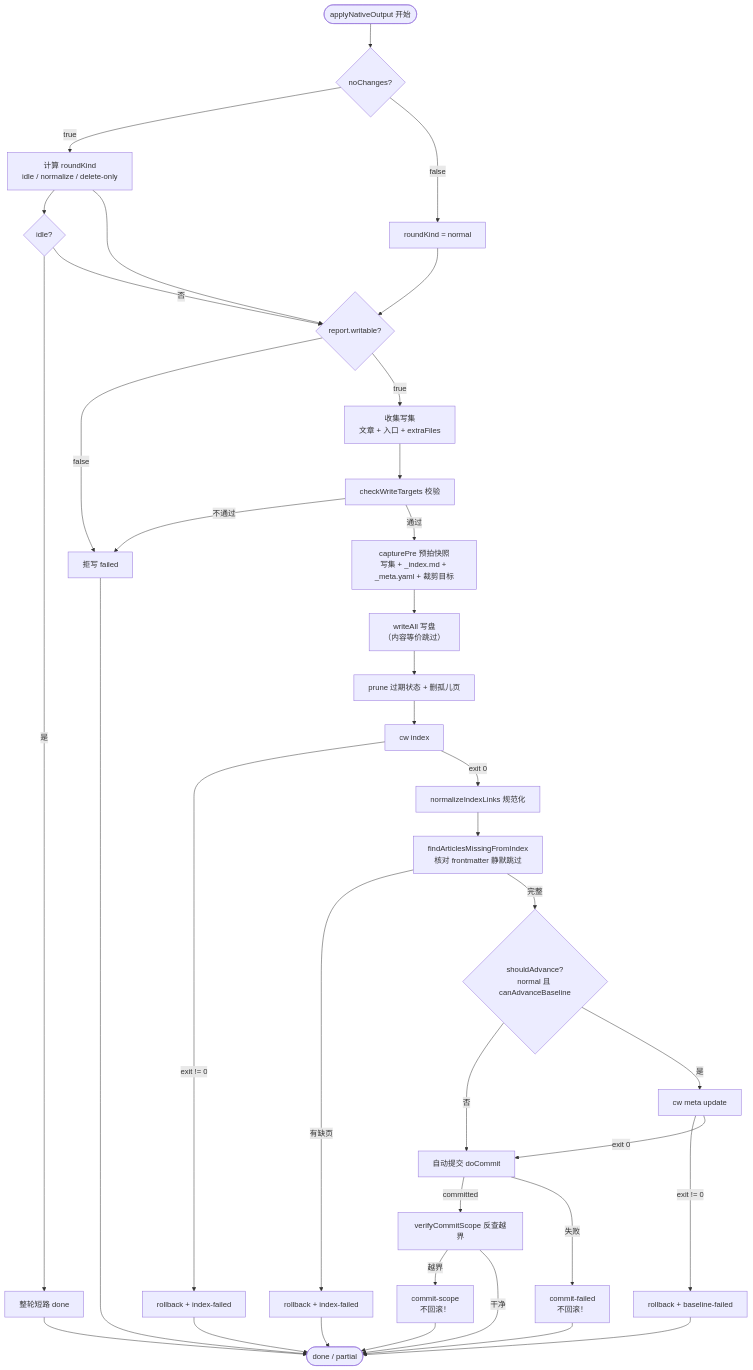
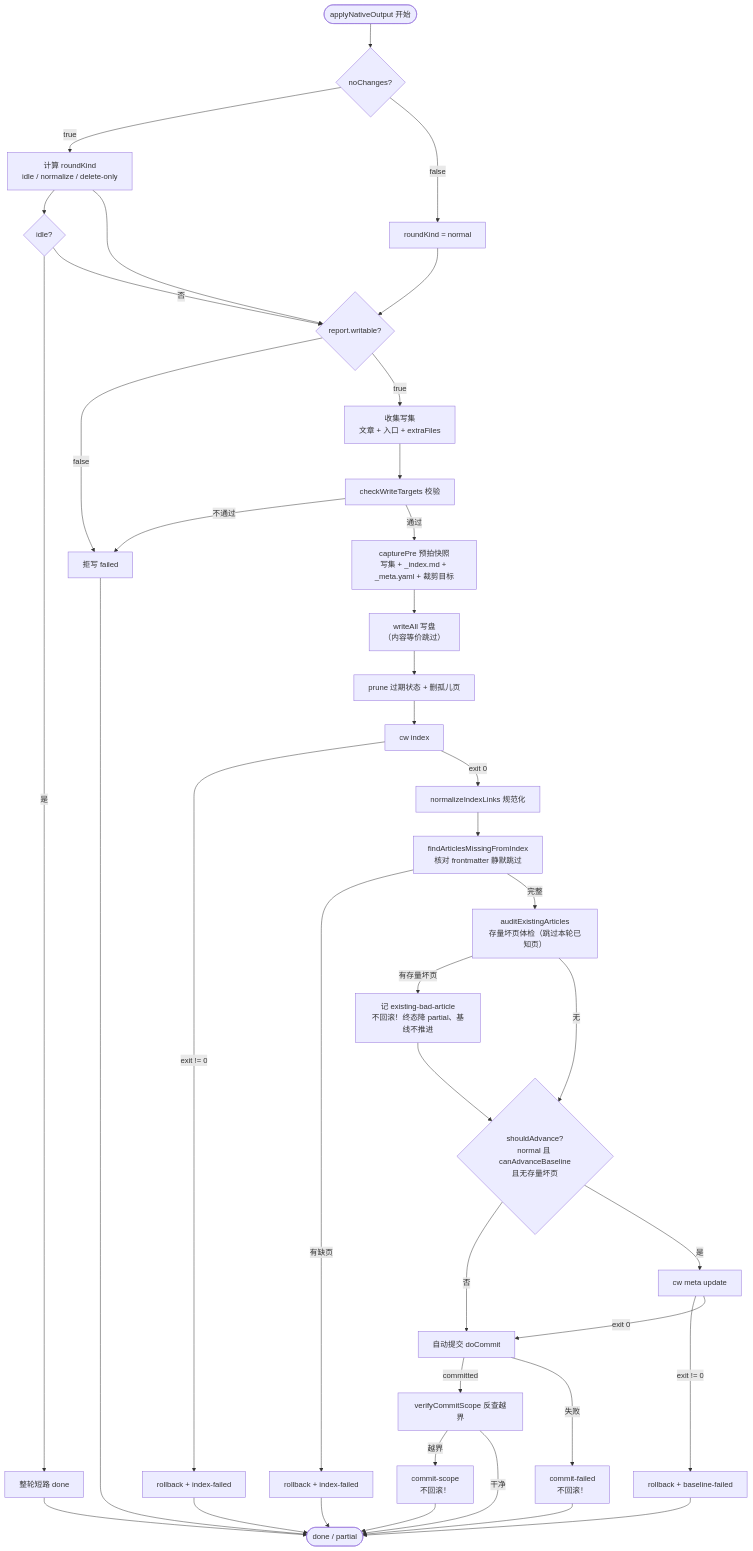
The third of 7 diagrams in .codewiki/modules/native-output-application-logic.md (ikliml666/dsh-codewiki), drawn with Mermaid before and after one commit. The commit also changed other lines of this file and 28 other files, not shown here.

````diff
--- a/.codewiki/modules/native-output-application-logic.md
+++ b/.codewiki/modules/native-output-application-logic.md
@@ -100,44 +101,47 @@
 ```mermaid
 flowchart TD
     START(["applyNativeOutput 开始"]) --> K{"noChanges?"}
     K -- "true" --> RS["计算 roundKind<br/>idle / normalize / delete-only"]
     K -- "false" --> N1["roundKind = normal"]
     RS --> IDLE{"idle?"}
     IDLE -- "是" --> DONE_DONE["整轮短路 done"]
 
     N1 --> V1{"report.writable?"}
     RS --> V1
     IDLE -- "否" --> V1
     V1 -- "false" --> FAIL["拒写 failed"]
 
     V1 -- "true" --> C["收集写集<br/>文章 + 入口 + extraFiles"]
     C --> CHK["checkWriteTargets 校验"]
     CHK -- "不通过" --> FAIL
     CHK -- "通过" --> PRE["capturePre 预拍快照<br/>写集 + _index.md + _meta.yaml + 裁剪目标"]
 
     PRE --> W["writeAll 写盘<br/>（内容等价跳过）"]
     W --> P["prune 过期状态 + 删孤儿页"]
     P --> IDX["cw index"]
     IDX -- "exit != 0" --> RB1["rollback + index-failed"]
     IDX -- "exit 0" --> NORM["normalizeIndexLinks 规范化"]
     NORM --> MISS["findArticlesMissingFromIndex<br/>核对 frontmatter 静默跳过"]
     MISS -- "有缺页" --> RB2["rollback + index-failed"]
 
-    MISS -- "完整" --> B{"shouldAdvance?<br/>normal 且 canAdvanceBaseline"}
+    MISS -- "完整" --> AUDIT["auditExistingArticles<br/>存量坏页体检（跳过本轮已知页）"]
+    AUDIT -- "有存量坏页" --> BAD["记 existing-bad-article<br/>不回滚！终态降 partial、基线不推进"]
+    AUDIT -- "无" --> B{"shouldAdvance?<br/>normal 且 canAdvanceBaseline<br/>且无存量坏页"}
+    BAD --> B
     B -- "否" --> COMMIT
     B -- "是" --> META["cw meta update"]
     META -- "exit != 0" --> RB3["rollback + baseline-failed"]
     META -- "exit 0" --> COMMIT["自动提交 doCommit"]
 
     COMMIT -- "committed" --> SCOPE["verifyCommitScope 反查越界"]
     COMMIT -- "失败" --> CF["commit-failed<br/>不回滚！"]
     SCOPE -- "越界" --> CS["commit-scope<br/>不回滚！"]
     SCOPE -- "干净" --> END
     CF --> END(["done / partial"])
     CS --> END
     DONE_DONE --> END
     FAIL --> END
     RB1 --> END
     RB2 --> END
     RB3 --> END
 ```
````
